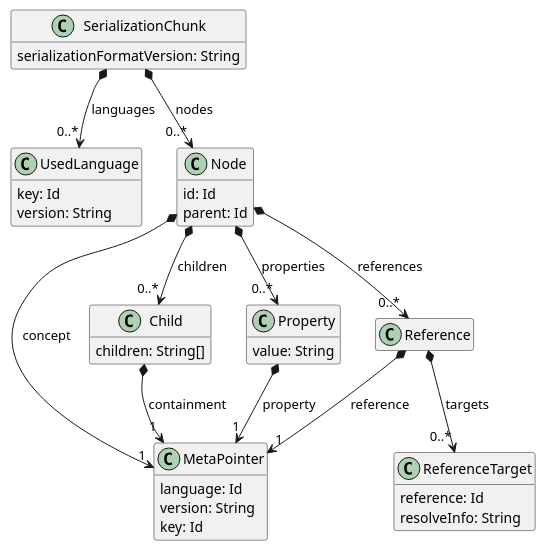
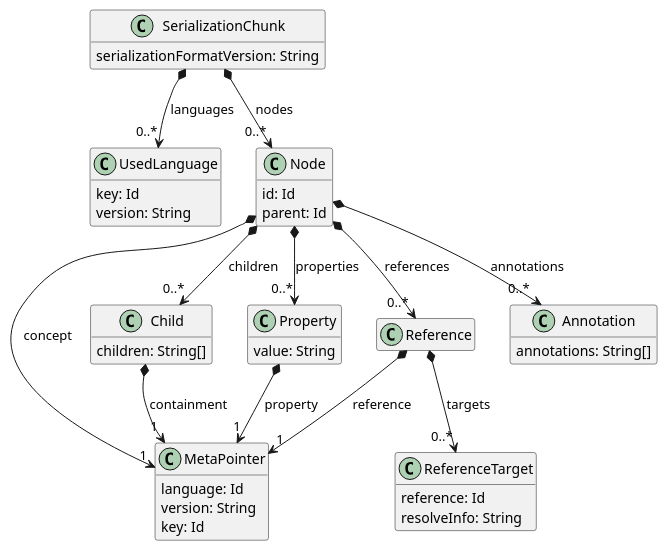
Before and after one commit to LionWeb-io/specification: the diagram in serialization/serialization.puml, drawn with PlantUML. The commit also changed 7 other files, not shown here.

```diff
--- a/serialization/serialization.puml
+++ b/serialization/serialization.puml
@@ -1,63 +1,59 @@
 @startuml
 'title Serialization Format
 
 hide empty members
 
 class SerializationChunk {
     serializationFormatVersion: String
 }
 
 SerializationChunk *--> "0..*" UsedLanguage: languages
 
 class UsedLanguage {
     key: Id
     version: String
 }
 
 SerializationChunk *--> "0..*" Node: nodes
 
 class Node {
     id: Id
     parent: Id
 }
 
 Node *--> "1" MetaPointer: concept
 
 class MetaPointer {
     language: Id
     version: String
     key: Id
 }
 
 Node *--> "0..*" Child: children
-
 class Child {
   children: String[]
 }
-
 Child *--> "1" MetaPointer: containment
 
 Node *--> "0..*" Property: properties
-
 class Property {
     value: String
 }
-
 Property *--> "1" MetaPointer: property
 
 
 Node *--> "0..*" Reference: references
-
-class Reference {
-}
-
+class Reference
 Reference *--> "1" MetaPointer: reference
-
 Reference *--> "0..*" ReferenceTarget: targets
-
 class ReferenceTarget {
     reference: Id
     resolveInfo: String
 }
 
+Node *--> "0..*" Annotation: annotations
+class Annotation {
+  annotations: String[]
+}
+
 @enduml
```
